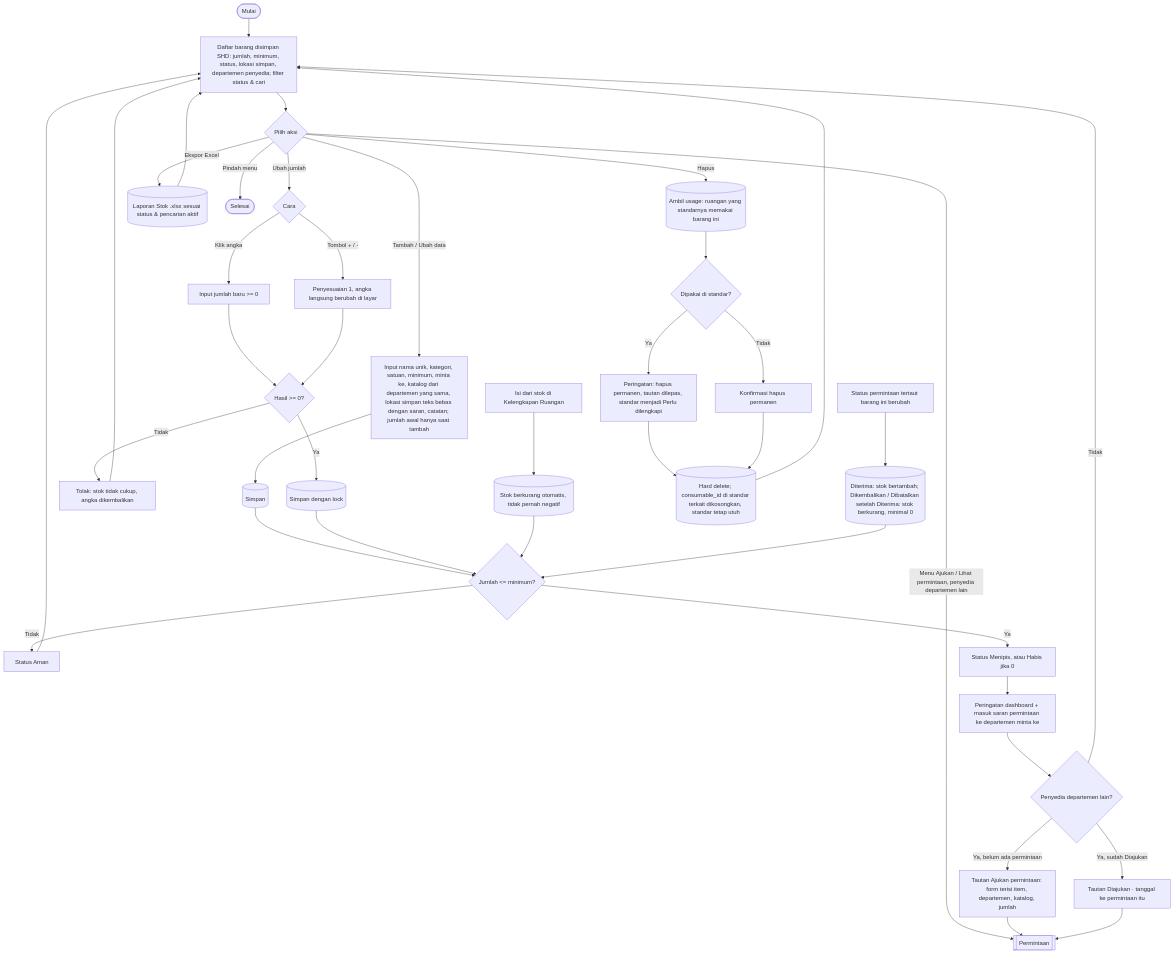
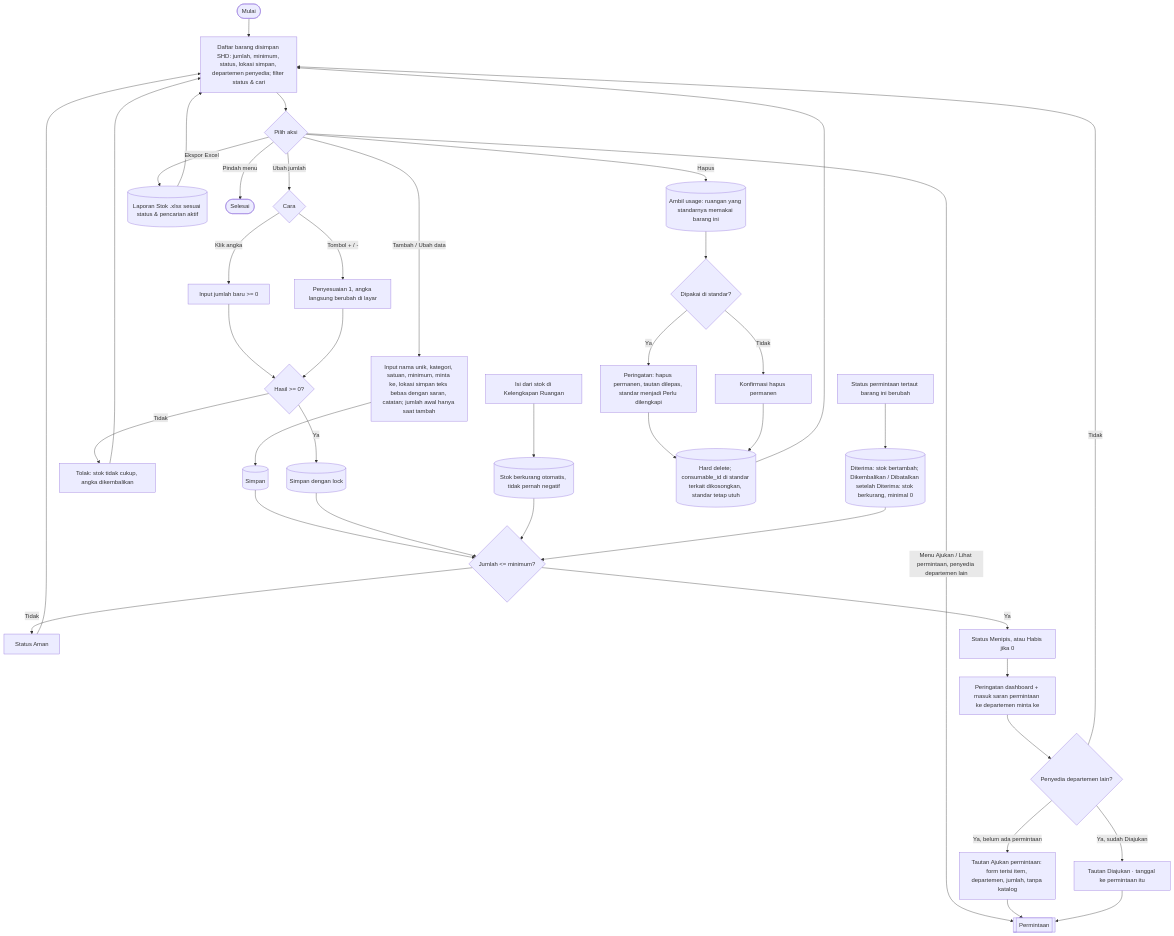
The eighth of 9 diagrams in docs/flowchart.md (mrizqihidayat/system-tracking-asset), drawn with Mermaid before and after one commit. The commit also changed other lines of this file and 29 other files, not shown here.

First line of the commit message:
T26r: stok habis pakai tanpa katalog

````diff
--- a/docs/flowchart.md
+++ b/docs/flowchart.md
@@ -292,35 +292,35 @@
 ```mermaid
 flowchart TD
     A([Mulai]) --> B[Daftar barang disimpan SHD: jumlah, minimum, status, lokasi simpan, departemen penyedia; filter status & cari]
     B --> C{Pilih aksi}
 
-    C -- Tambah / Ubah data --> T1[Input nama unik, kategori, satuan, minimum, minta ke, katalog dari departemen yang sama, lokasi simpan teks bebas dengan saran, catatan; jumlah awal hanya saat tambah] --> T2[(Simpan)] --> CEK
+    C -- Tambah / Ubah data --> T1[Input nama unik, kategori, satuan, minimum, minta ke, lokasi simpan teks bebas dengan saran, catatan; jumlah awal hanya saat tambah] --> T2[(Simpan)] --> CEK
 
     C -- Ubah jumlah --> J0{Cara}
     J0 -- Klik angka --> J1[Input jumlah baru >= 0]
     J0 -- Tombol + / - --> J2[Penyesuaian 1, angka langsung berubah di layar]
     J1 & J2 --> J3{Hasil >= 0?}
     J3 -- Tidak --> J4[Tolak: stok tidak cukup, angka dikembalikan] --> B
     J3 -- Ya --> J5[(Simpan dengan lock)] --> CEK
 
     R0[Isi dari stok di Kelengkapan Ruangan] --> R1[(Stok berkurang otomatis, tidak pernah negatif)] --> CEK
     R2[Status permintaan tertaut barang ini berubah] --> R3[(Diterima: stok bertambah; Dikembalikan / Dibatalkan setelah Diterima: stok berkurang, minimal 0)] --> CEK
 
     C -- Hapus --> H0[(Ambil usage: ruangan yang standarnya memakai barang ini)]
     H0 --> H1{Dipakai di standar?}
     H1 -- Ya --> H2[Peringatan: hapus permanen, tautan dilepas, standar menjadi Perlu dilengkapi]
     H1 -- Tidak --> H3[Konfirmasi hapus permanen]
     H2 & H3 --> H4[(Hard delete; consumable_id di standar terkait dikosongkan, standar tetap utuh)] --> B
 
     C -- Menu Ajukan / Lihat permintaan, penyedia departemen lain --> S6a[[Permintaan]]
 
     C -- Ekspor Excel --> X1[(Laporan Stok .xlsx sesuai status & pencarian aktif)] --> B
     C -- Pindah menu --> Z([Selesai])
 
     CEK{Jumlah <= minimum?}
     CEK -- Tidak --> S1[Status Aman] --> B
     CEK -- Ya --> S2[Status Menipis, atau Habis jika 0] --> S3[Peringatan dashboard + masuk saran permintaan ke departemen minta ke] --> S4{Penyedia departemen lain?}
     S4 -- Tidak --> B
-    S4 -- Ya, belum ada permintaan --> S5a[Tautan Ajukan permintaan: form terisi item, departemen, katalog, jumlah] --> S6a
+    S4 -- Ya, belum ada permintaan --> S5a[Tautan Ajukan permintaan: form terisi item, departemen, jumlah, tanpa katalog] --> S6a
     S4 -- Ya, sudah Diajukan --> S7a[Tautan Diajukan · tanggal ke permintaan itu] --> S6a
 ```
````
